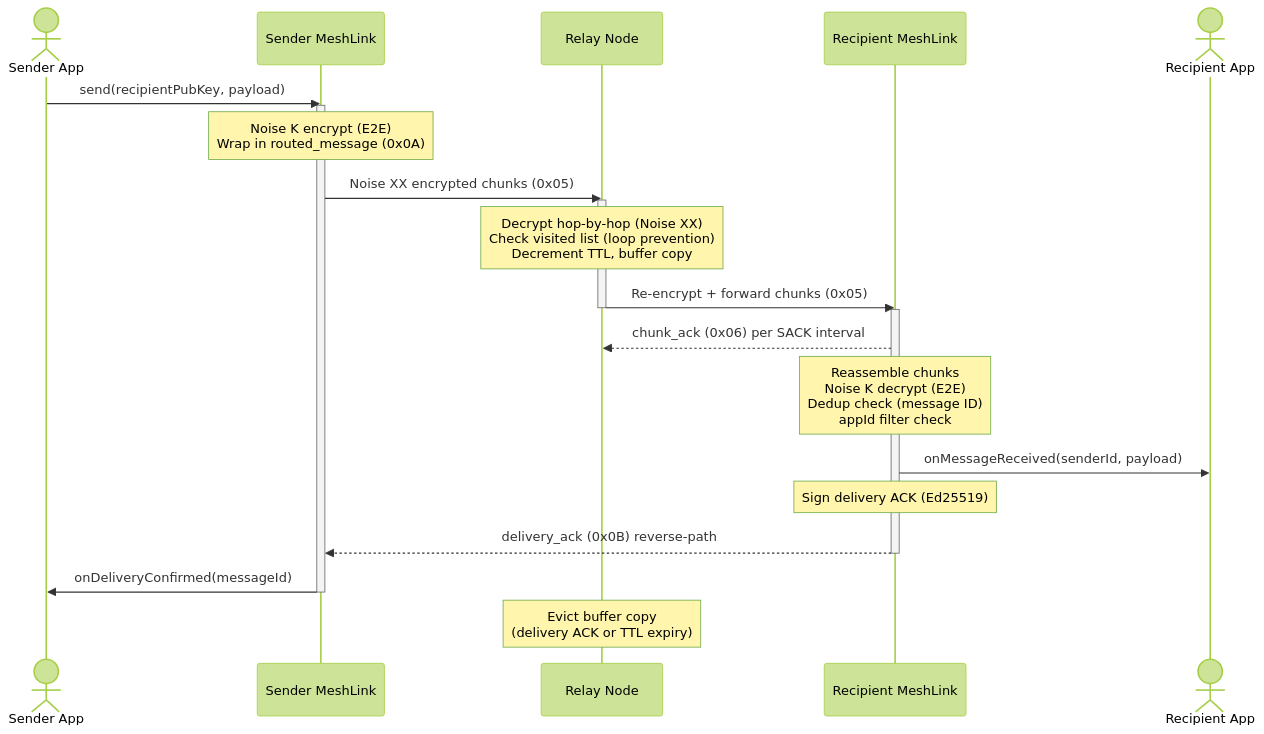
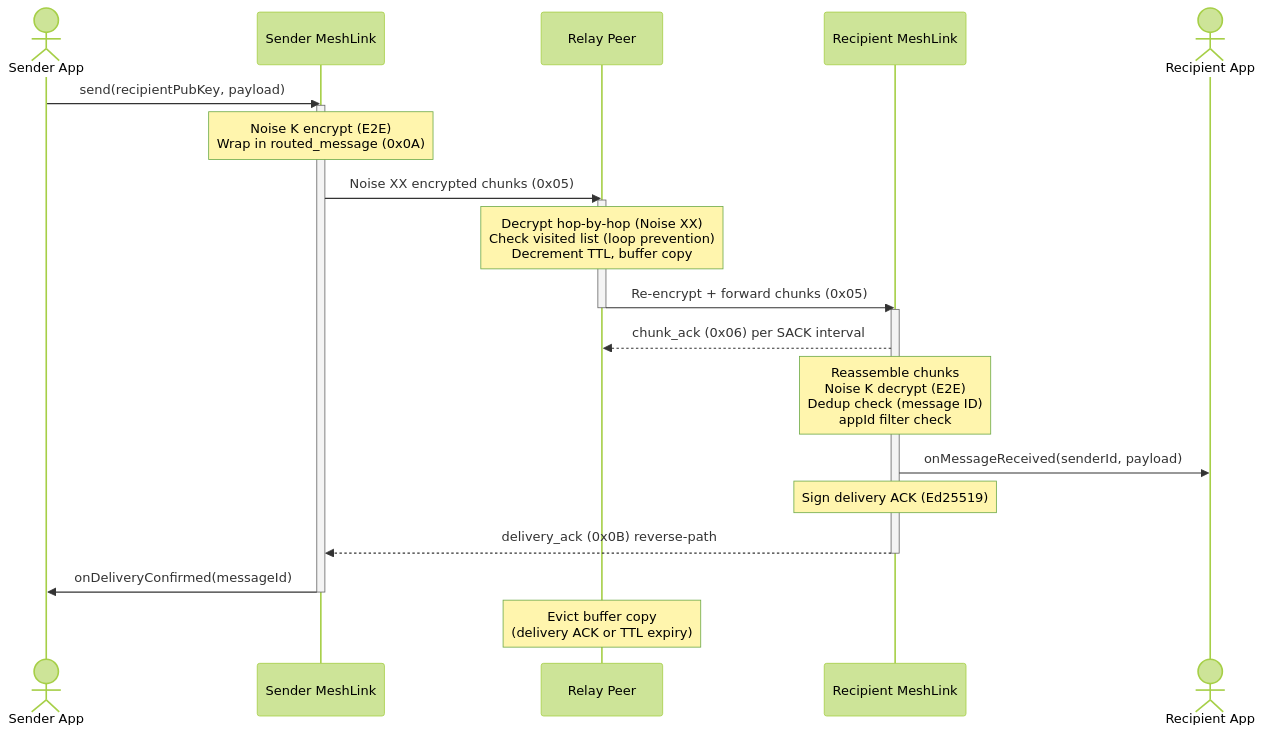
One commit to trancee/MeshLink changed the seventh of 14 diagrams in docs/diagrams.md. Above: the diagram before and after it, drawn with Mermaid (forest theme). The commit also changed 9 other files, not shown here.

First line of the commit message:
refactor: use 'peer' consistently instead of 'node' across codebase

````diff
--- a/docs/diagrams.md
+++ b/docs/diagrams.md
@@ -225,38 +225,38 @@
 ```mermaid
 sequenceDiagram
     actor Sender as Sender App
     participant SLib as Sender MeshLink
-    participant Relay as Relay Node
+    participant Relay as Relay Peer
     participant RLib as Recipient MeshLink
     actor Recipient as Recipient App
 
     Sender->>SLib: send(recipientPubKey, payload)
     activate SLib
 
     Note over SLib: Noise K encrypt (E2E)<br/>Wrap in routed_message (0x0A)
 
     SLib->>Relay: Noise XX encrypted chunks (0x05)
     activate Relay
 
     Note over Relay: Decrypt hop-by-hop (Noise XX)<br/>Check visited list (loop prevention)<br/>Decrement TTL, buffer copy
 
     Relay->>RLib: Re-encrypt + forward chunks (0x05)
     deactivate Relay
     activate RLib
 
     RLib-->>Relay: chunk_ack (0x06) per SACK interval
 
     Note over RLib: Reassemble chunks<br/>Noise K decrypt (E2E)<br/>Dedup check (message ID)<br/>appId filter check
 
     RLib->>Recipient: onMessageReceived(senderId, payload)
 
     Note over RLib: Sign delivery ACK (Ed25519)
 
     RLib-->>SLib: delivery_ack (0x0B) reverse-path
     deactivate RLib
 
     SLib->>Sender: onDeliveryConfirmed(messageId)
     deactivate SLib
 
     Note over Relay: Evict buffer copy<br/>(delivery ACK or TTL expiry)
 ```
````
